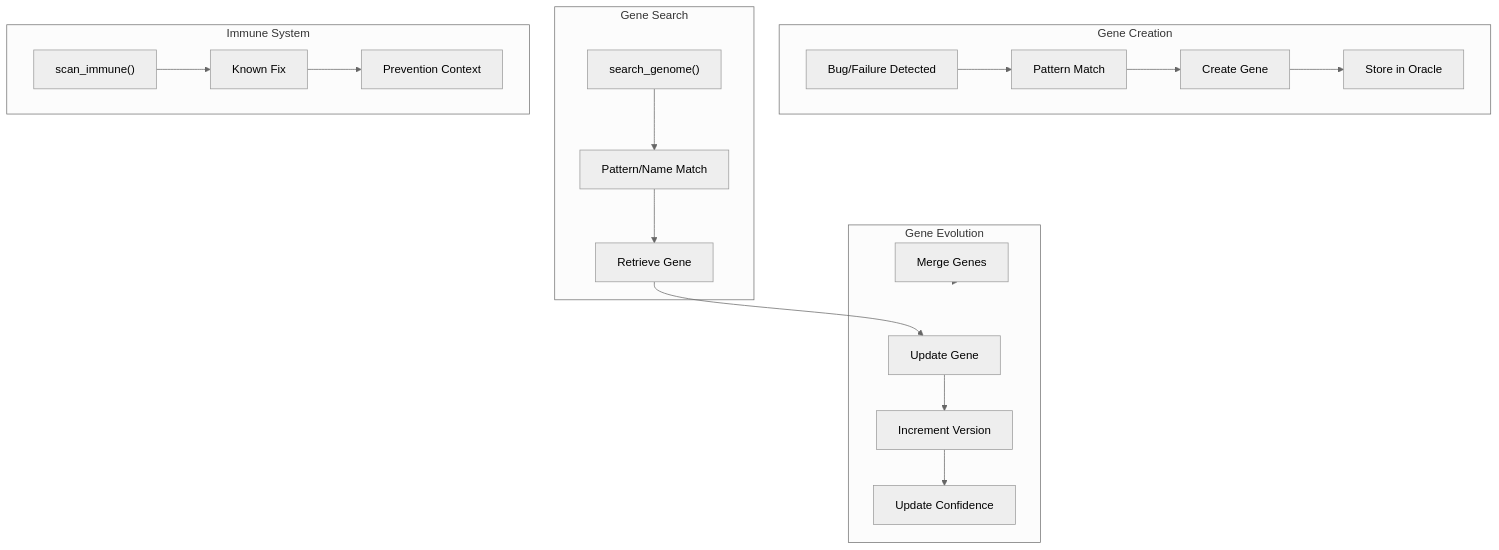
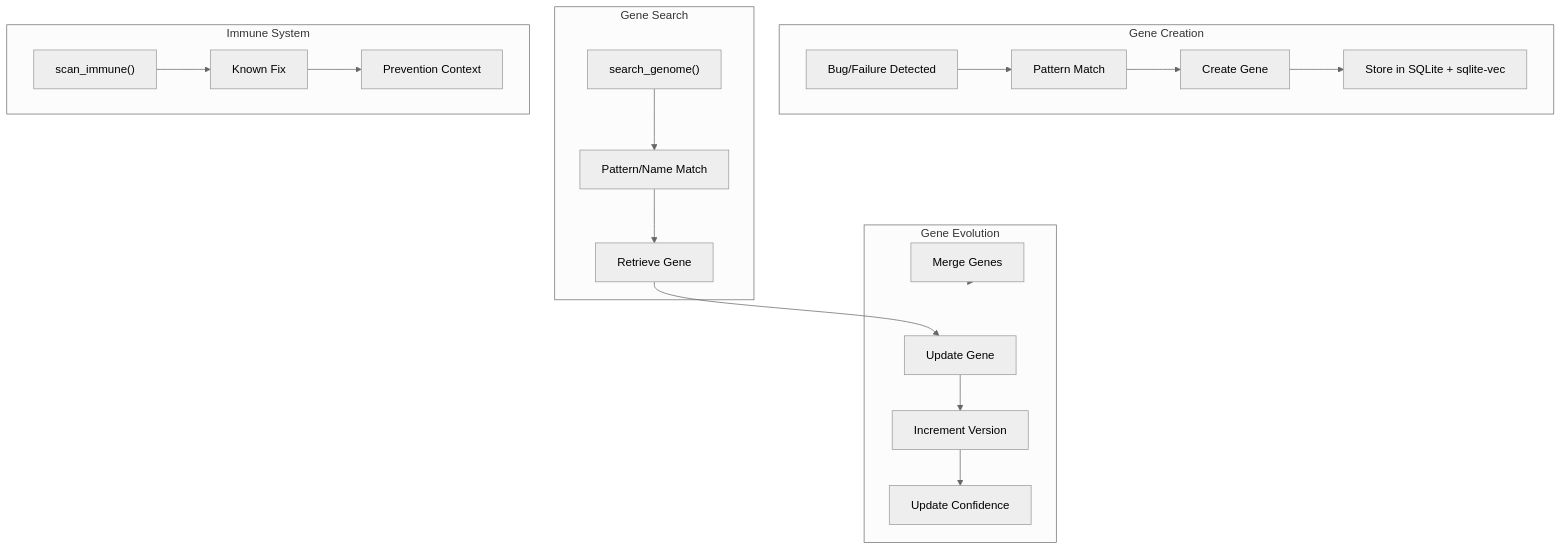
The diagram in docs/diagrams/genome.mmd (giauphan/codeatlas-platform), drawn with Mermaid (neutral theme) before and after one commit. The commit also changed 79 other files, not shown here.

First line of the commit message:
Migrate from Oracle to SQLite as default database (#226)

```diff
--- a/docs/diagrams/genome.mmd
+++ b/docs/diagrams/genome.mmd
@@ -1,38 +1,38 @@
 flowchart TD
     subgraph Create["Gene Creation"]
         Bug["Bug/Failure Detected"]
         Pattern["Pattern Match"]
         Gene["Create Gene"]
-        Store["Store in Oracle"]
+        Store["Store in SQLite + sqlite-vec"]
     end
 
     subgraph Search["Gene Search"]
         Query["search_genome()"]
         Match["Pattern/Name Match"]
         Retrieve["Retrieve Gene"]
     end
 
     subgraph Evolution["Gene Evolution"]
         Update["Update Gene"]
         Version["Increment Version"]
         Confidence["Update Confidence"]
         Merge["Merge Genes"]
     end
 
     subgraph Immune["Immune System"]
         Scan["scan_immune()"]
         KnownFix["Known Fix"]
         Prevention["Prevention Context"]
     end
 
     Bug --> Pattern
     Pattern --> Gene
     Gene --> Store
     Query --> Match
     Match --> Retrieve
     Retrieve --> Update
     Update --> Version
     Version --> Confidence
     Merge --> Evolution
     Scan --> KnownFix
     KnownFix --> Prevention
```
